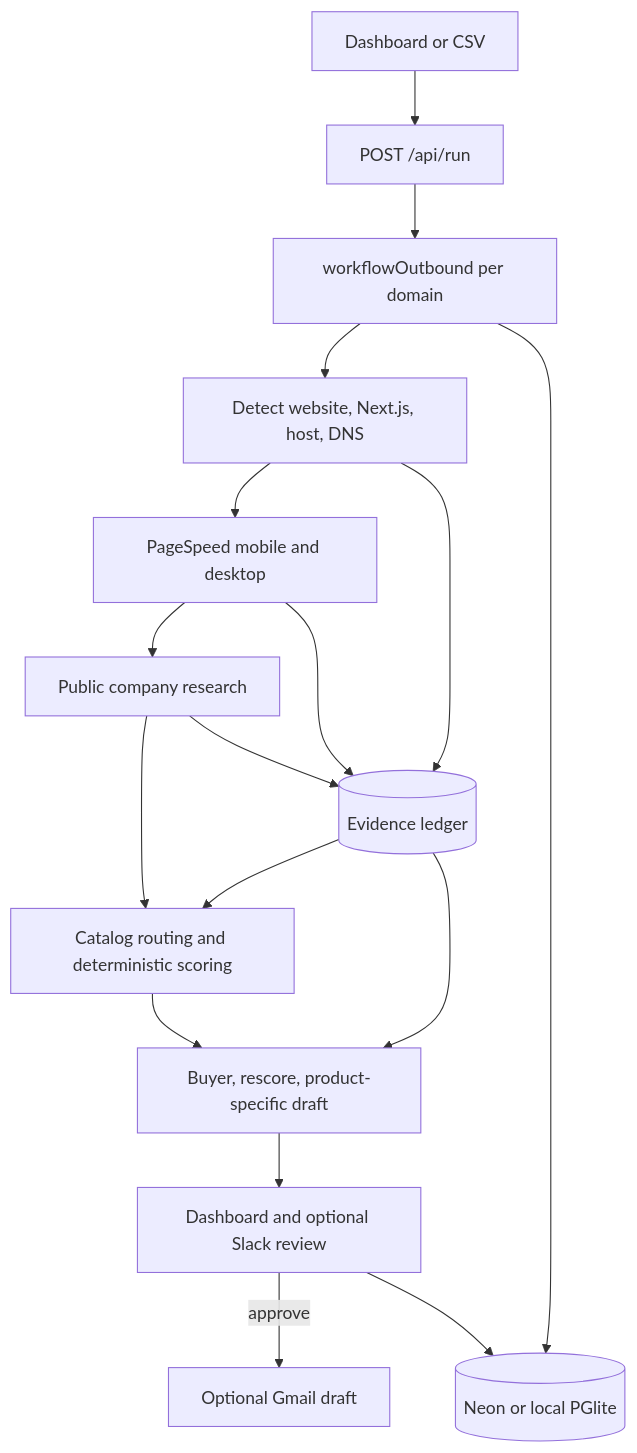
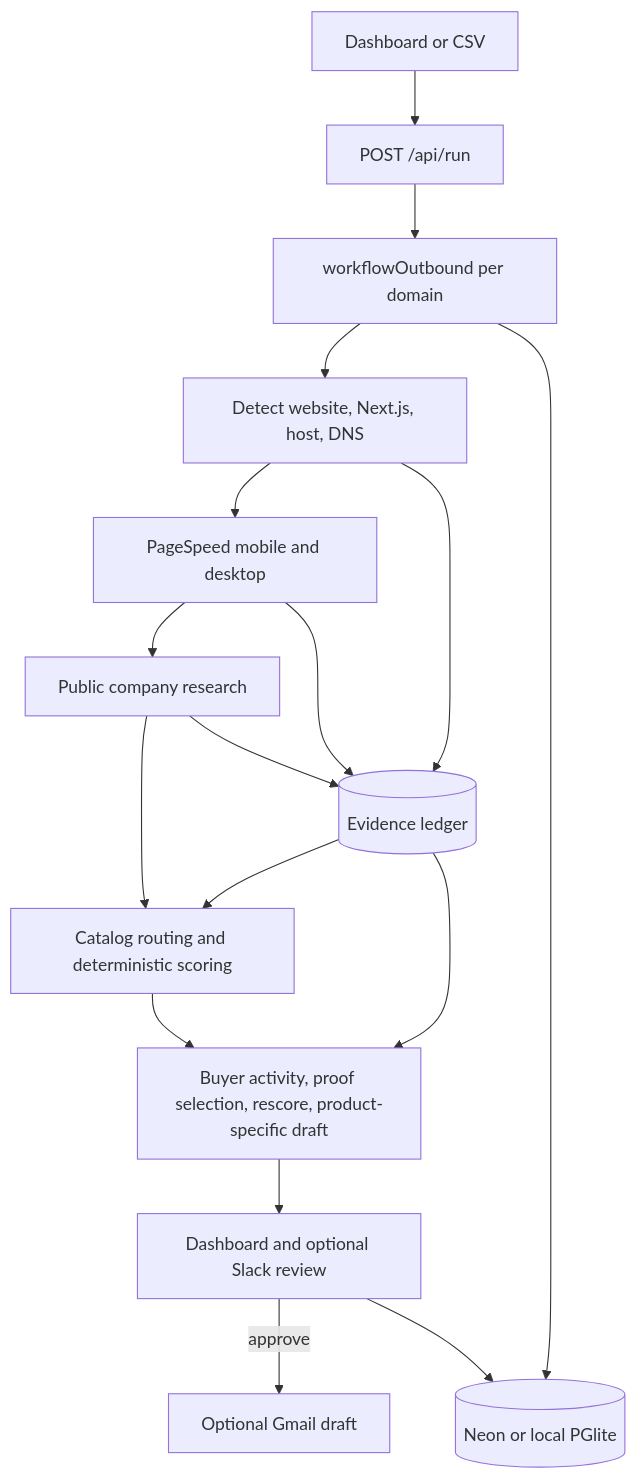
One commit to alvinalaphat/next-prospect changed the diagram in docs/architecture/system.md. Above: the diagram before and after it, drawn with Mermaid. The commit also changed other lines of this file and 2 other files, not shown here.

Commit message:
Show buyer activity and sales context

````diff
--- a/docs/architecture/system.md
+++ b/docs/architecture/system.md
@@ -9,15 +9,15 @@
 ```mermaid
 flowchart TD
   INPUT[Dashboard or CSV] --> RUN[POST /api/run]
   RUN --> WF[workflowOutbound per domain]
   WF --> DETECT[Detect website, Next.js, host, DNS]
   DETECT --> PERF[PageSpeed mobile and desktop]
   PERF --> RESEARCH[Public company research]
   RESEARCH --> PLAN[Catalog routing and deterministic scoring]
-  PLAN --> ENRICH[Buyer, rescore, product-specific draft]
+  PLAN --> ENRICH[Buyer activity, proof selection, rescore, product-specific draft]
   ENRICH --> REVIEW[Dashboard and optional Slack review]
   REVIEW -->|approve| GMAIL[Optional Gmail draft]
   DETECT & PERF & RESEARCH --> LEDGER[(Evidence ledger)]
   LEDGER --> PLAN & ENRICH
   WF & REVIEW --> DB[(Neon or local PGlite)]
 ```
````
